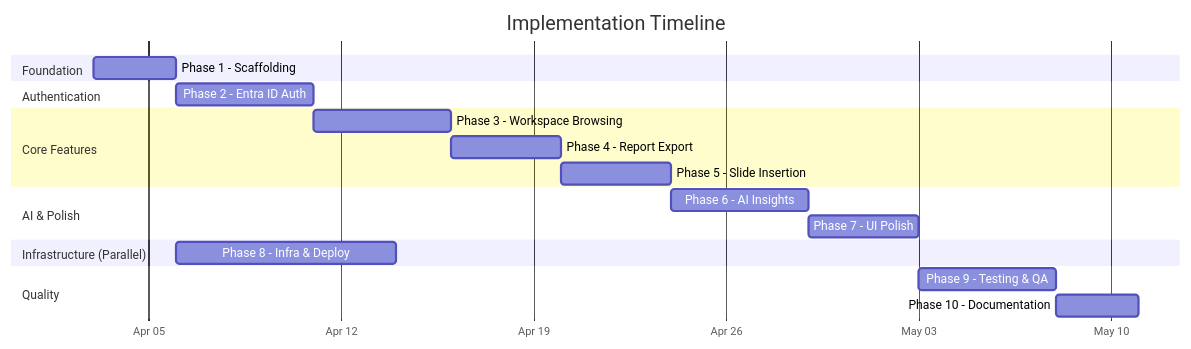
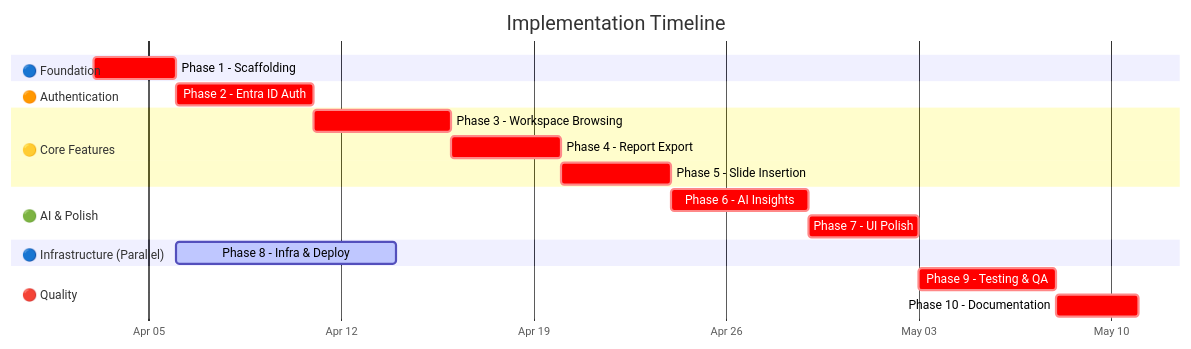
Before and after one commit to fredgis/OfficeAddin: the third of 4 diagrams in docs/dependencies.md, drawn with Mermaid. The commit also changed other lines of this file and 1 other file, not shown here.

First line of the commit message:
docs: enhance Mermaid diagrams with colors and fix broken charts

````diff
--- a/docs/dependencies.md
+++ b/docs/dependencies.md
@@ -62,28 +72,28 @@
 ```mermaid
 gantt
     title Implementation Timeline
     dateFormat  YYYY-MM-DD
     axisFormat  %b %d
 
-    section Foundation
-    Phase 1 - Scaffolding           :p1, 2026-04-03, 3d
+    section 🔵 Foundation
+    Phase 1 - Scaffolding           :crit, p1, 2026-04-03, 3d
 
-    section Authentication
-    Phase 2 - Entra ID Auth         :p2, after p1, 5d
+    section 🟠 Authentication
+    Phase 2 - Entra ID Auth         :crit, p2, after p1, 5d
 
-    section Core Features
-    Phase 3 - Workspace Browsing    :p3, after p2, 5d
-    Phase 4 - Report Export         :p4, after p3, 4d
-    Phase 5 - Slide Insertion       :p5, after p4, 4d
+    section 🟡 Core Features
+    Phase 3 - Workspace Browsing    :crit, p3, after p2, 5d
+    Phase 4 - Report Export         :crit, p4, after p3, 4d
+    Phase 5 - Slide Insertion       :crit, p5, after p4, 4d
 
-    section AI & Polish
-    Phase 6 - AI Insights           :p6, after p5, 5d
-    Phase 7 - UI Polish             :p7, after p6, 4d
+    section 🟢 AI & Polish
+    Phase 6 - AI Insights           :crit, p6, after p5, 5d
+    Phase 7 - UI Polish             :crit, p7, after p6, 4d
 
-    section Infrastructure (Parallel)
-    Phase 8 - Infra & Deploy        :p8, after p1, 8d
+    section 🔵 Infrastructure (Parallel)
+    Phase 8 - Infra & Deploy        :active, p8, after p1, 8d
 
-    section Quality
-    Phase 9 - Testing & QA          :p9, after p7, 5d
-    Phase 10 - Documentation        :p10, after p9, 3d
+    section 🔴 Quality
+    Phase 9 - Testing & QA          :crit, p9, after p7, 5d
+    Phase 10 - Documentation        :crit, p10, after p9, 3d
 ```
````
